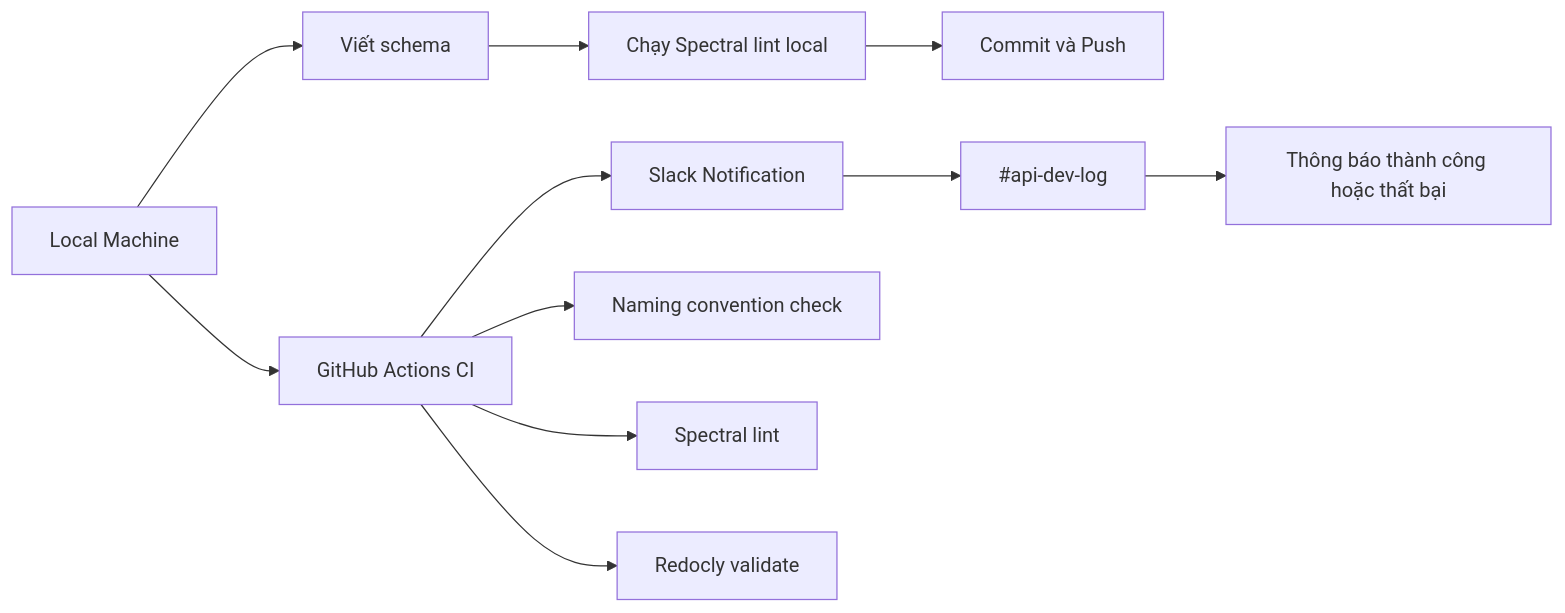
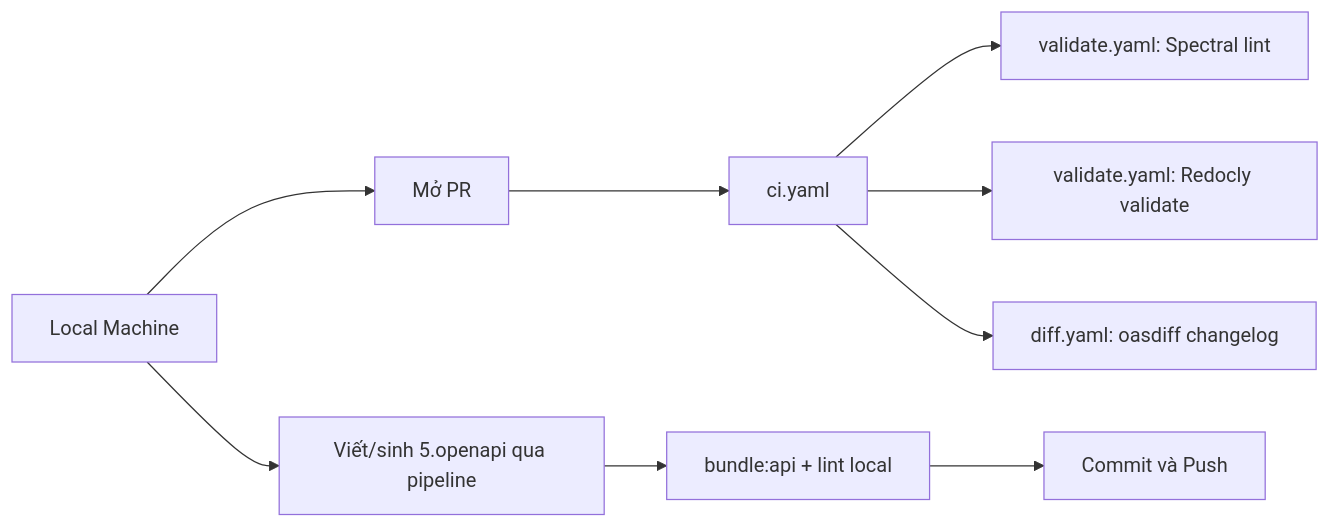
The diagram in docs/setup-cicd.md (DuyTon666/API-CONVERTER), drawn with Mermaid before and after one commit. The commit also changed other lines of this file and 20 other files, not shown here.

````diff
--- a/docs/setup-cicd.md
+++ b/docs/setup-cicd.md
@@ -40,16 +41,13 @@
 ```mermaid
 flowchart LR
-    A[Local Machine] --> B[GitHub Actions CI]
-    B --> C[Slack Notification]
+    A[Local Machine] --> B[Mở PR]
+    B --> C[ci.yaml]
 
-    A --> A1[Viết schema]
-    A1 --> A2[Chạy Spectral lint local]
+    A --> A1[Viết/sinh 5.openapi qua pipeline]
+    A1 --> A2[bundle:api + lint local]
     A2 --> A3[Commit và Push]
 
-    B --> B1[Naming convention check]
-    B --> B2[Spectral lint]
-    B --> B3[Redocly validate]
-
-    C --> C1[#api-dev-log]
-    C1 --> C2[Thông báo thành công hoặc thất bại]
+    C --> C1[validate.yaml: Spectral lint]
+    C --> C2[validate.yaml: Redocly validate]
+    C --> C3[diff.yaml: oasdiff changelog]
 ```
````
